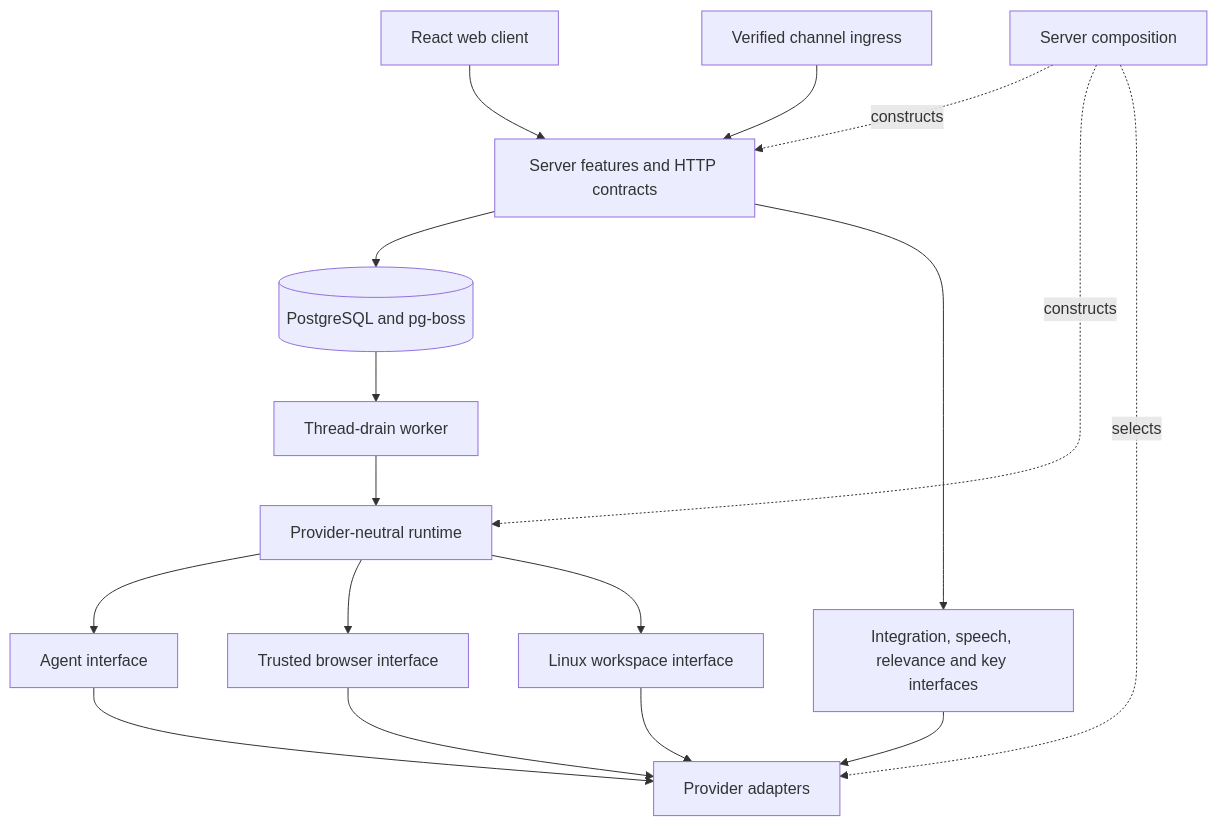
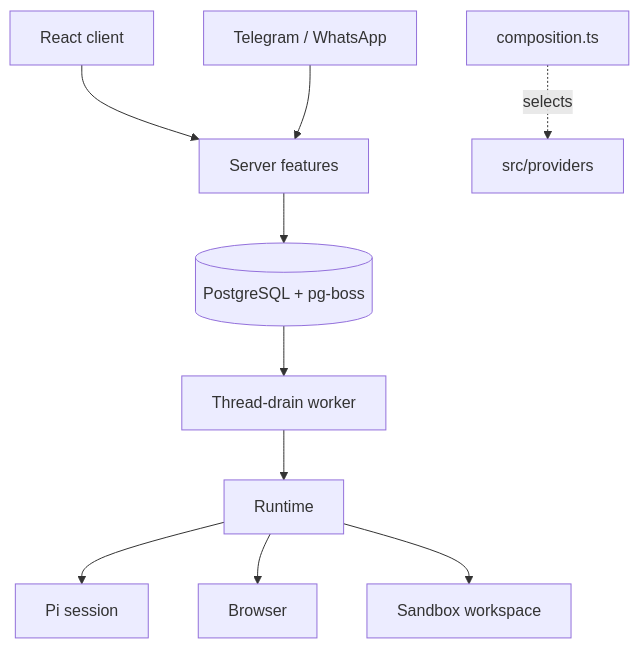
The diagram in docs/architecture.md (KrishBhimani/nod), drawn with Mermaid before and after one commit. The commit also changed other lines of this file and 376 other files, not shown here.

````diff
--- a/docs/architecture.md
+++ b/docs/architecture.md
@@ -7,19 +5,12 @@
 ```mermaid
 flowchart TD
-  Web[React web client] --> API[Server features and HTTP contracts]
-  Channels[Verified channel ingress] --> API
-  API --> DB[(PostgreSQL and pg-boss)]
-  DB --> Workers[Thread-drain worker]
-  Workers --> Runtime[Provider-neutral runtime]
-  Runtime --> Agent[Agent interface]
-  Runtime --> Computer[Trusted browser interface]
-  Runtime --> Workspace[Linux workspace interface]
-  API --> Services[Integration, speech, relevance and key interfaces]
-  Composition[Server composition] -. constructs .-> API
-  Composition -. constructs .-> Runtime
-  Composition -. selects .-> Adapters[Provider adapters]
-  Agent --> Adapters
-  Computer --> Adapters
-  Workspace --> Adapters
-  Services --> Adapters
+  Web[React client] --> API[Server features]
+  Channels[Telegram / WhatsApp] --> API
+  API --> DB[(PostgreSQL + pg-boss)]
+  DB --> Worker[Thread-drain worker]
+  Worker --> Runtime[Runtime]
+  Runtime --> Agent[Pi session]
+  Runtime --> Computer[Browser]
+  Runtime --> Workspace[Sandbox workspace]
+  Composition[composition.ts] -. selects .-> Adapters[src/providers]
 ```
````
